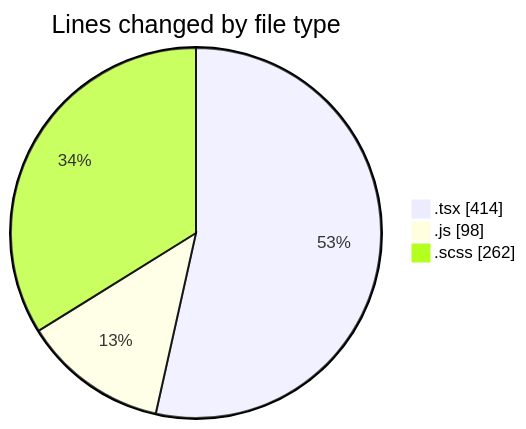
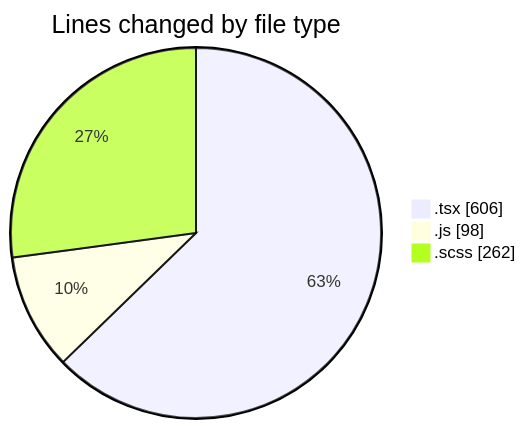
One commit to momahboobian/code-tracking changed the first of 2 diagrams in 2025-03-31/cda/README.md. Above: the diagram before and after it, drawn with Mermaid. The commit also changed other lines of this file and 1 other file, not shown here.

````diff
--- a/2025-03-31/cda/README.md
+++ b/2025-03-31/cda/README.md
@@ -25,7 +26,7 @@
 ```mermaid
 pie showData
 title Lines changed by file type
-".tsx" : 414
+".tsx" : 606
 ".js" : 98
 ".scss" : 262
 ```
````
